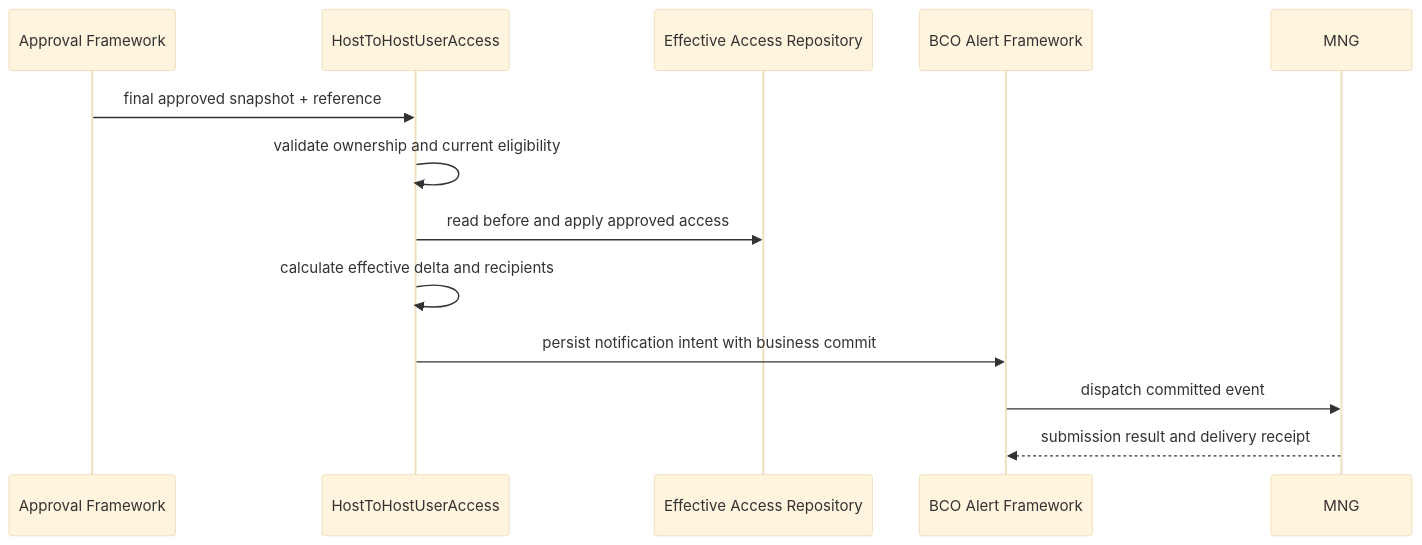
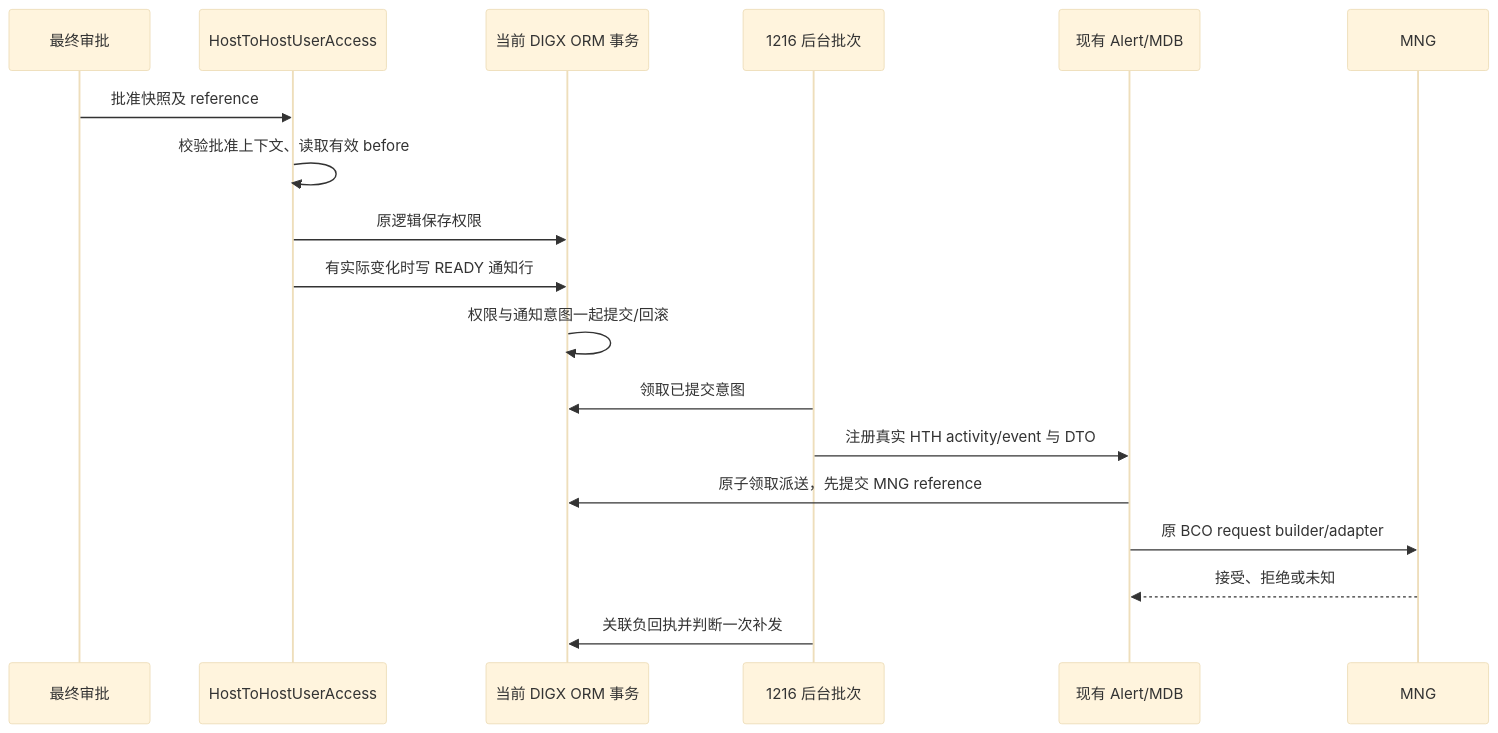
One commit to BEA-WilliamWu/mcdp-h5-demo-int changed the diagram in story/notification & audit log/BCOH2H-1216-TECHNICAL-DESIGN.md. Above: the diagram before and after it, drawn with Mermaid (base theme). The commit also changed other lines of this file and 24 other files, not shown here.

First line of the commit message:
feat(hth): notify approved access changes (BCOH2H-1216)

````diff
--- a/story/notification & audit log/BCOH2H-1216-TECHNICAL-DESIGN.md
+++ b/story/notification & audit log/BCOH2H-1216-TECHNICAL-DESIGN.md
@@ -108,15 +40,20 @@
 ```mermaid
 sequenceDiagram
-    participant A as Approval Framework
-    participant S as HostToHostUserAccess
-    participant R as Effective Access Repository
-    participant E as BCO Alert Framework
+    participant A as 最终审批
+    participant H as HostToHostUserAccess
+    participant D as 当前 DIGX ORM 事务
+    participant B as 1216 后台批次
+    participant E as 现有 Alert/MDB
     participant M as MNG
-    A->>S: final approved snapshot + reference
-    S->>S: validate ownership and current eligibility
-    S->>R: read before and apply approved access
-    S->>S: calculate effective delta and recipients
-    S->>E: persist notification intent with business commit
-    E->>M: dispatch committed event
-    M-->>E: submission result and delivery receipt
+    A->>H: 批准快照及 reference
+    H->>H: 校验批准上下文、读取有效 before
+    H->>D: 原逻辑保存权限
+    H->>D: 有实际变化时写 READY 通知行
+    D->>D: 权限与通知意图一起提交/回滚
+    B->>D: 领取已提交意图
+    B->>E: 注册真实 HTH activity/event 与 DTO
+    E->>D: 原子领取派送，先提交 MNG reference
+    E->>M: 原 BCO request builder/adapter
+    M-->>E: 接受、拒绝或未知
+    B->>D: 关联负回执并判断一次补发
 ```
````
